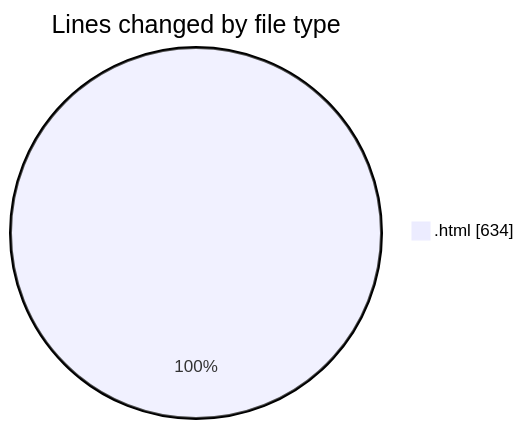
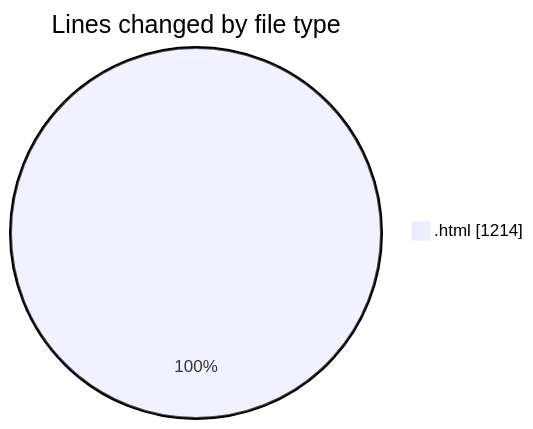
The first of 2 diagrams in 2025-09-06/www/README.md (vahidmafi/code-tracking), drawn with Mermaid before and after one commit. The commit also changed other lines of this file and 1 other file, not shown here.

````diff
--- a/2025-09-06/www/README.md
+++ b/2025-09-06/www/README.md
@@ -20,5 +21,5 @@
 ```mermaid
 pie showData
 title Lines changed by file type
-".html" : 634
+".html" : 1214
 ```
````
